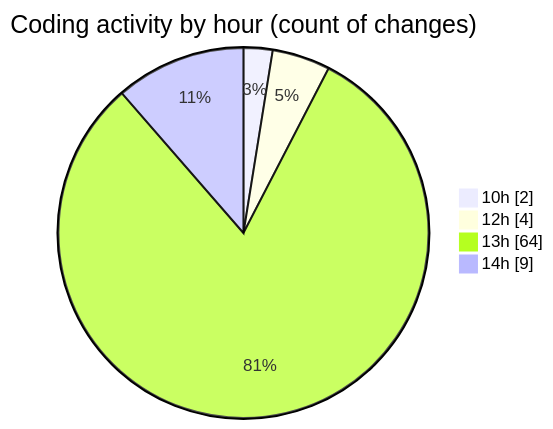
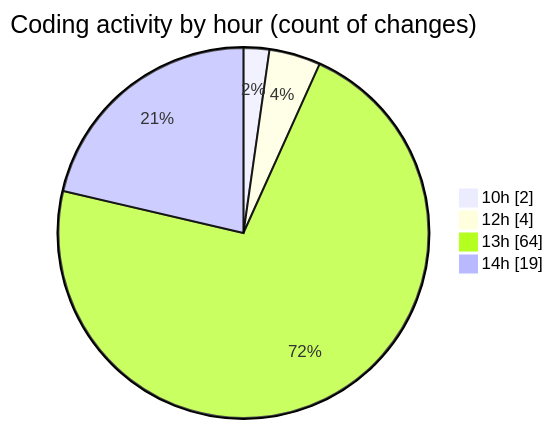
One commit to momahboobian/code-tracking changed the second of 2 diagrams in 2026-04-30/cda/README.md. Above: the diagram before and after it, drawn with Mermaid. The commit also changed other lines of this file and 1 other file, not shown here.

````diff
--- a/2026-04-30/cda/README.md
+++ b/2026-04-30/cda/README.md
@@ -67,8 +69,8 @@
 ```mermaid
 pie showData
 title Coding activity by hour (count of changes)
 "10h" : 2
 "12h" : 4
 "13h" : 64
-"14h" : 9
+"14h" : 19
 ```
````
